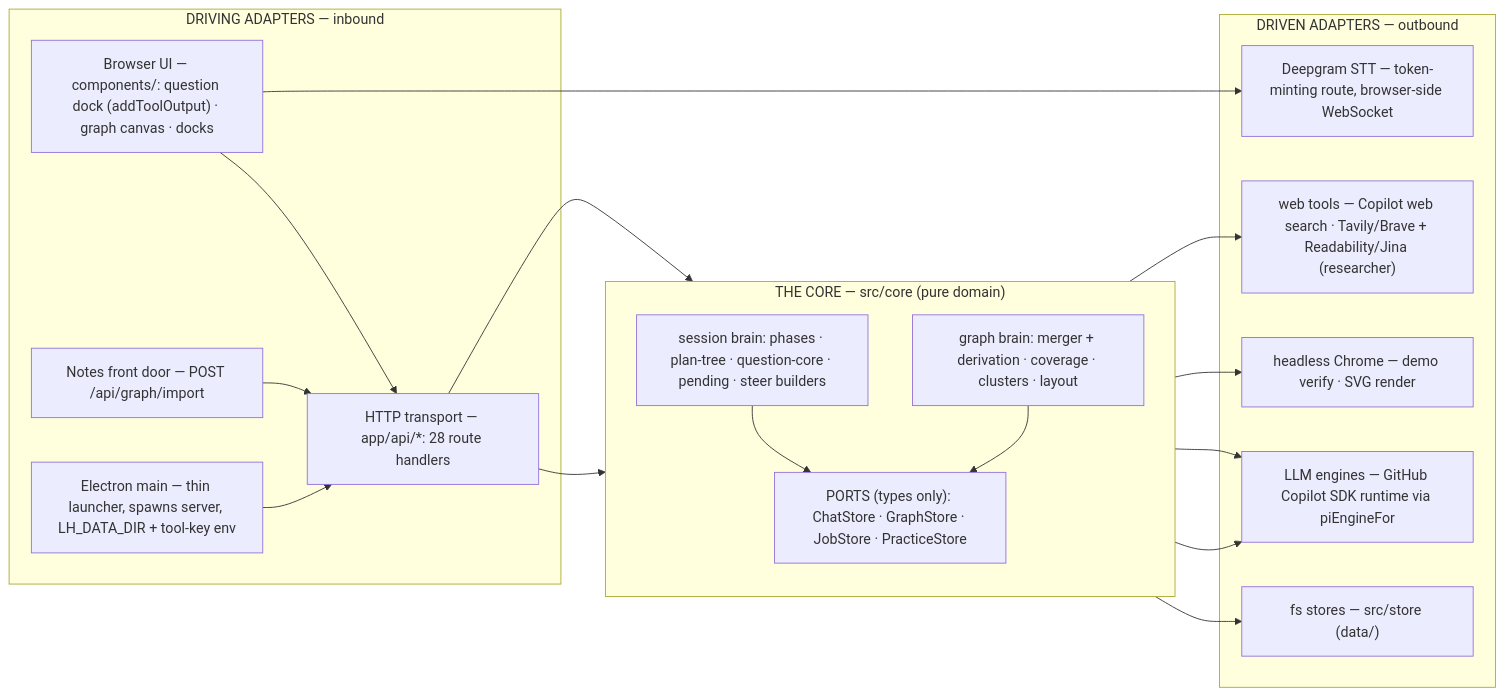
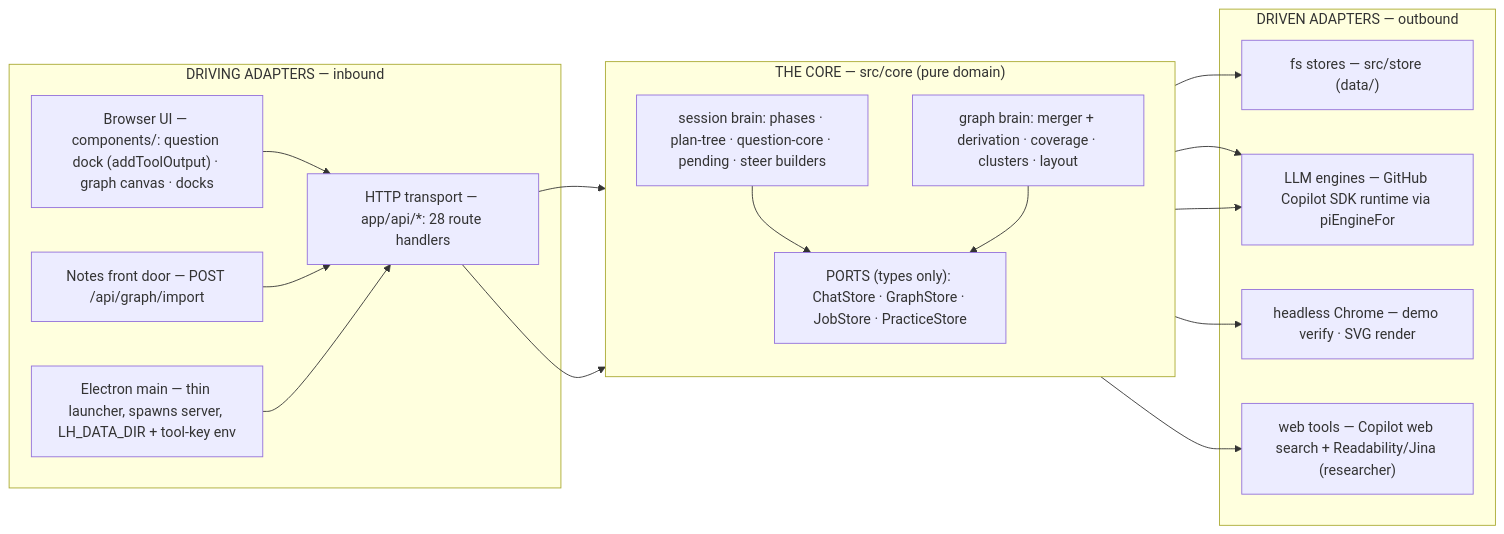
The second of 7 diagrams in docs/architecture.md (Bakar404/cairn), drawn with Mermaid before and after one commit. The commit also changed other lines of this file and 66 other files, not shown here.

````diff
--- a/docs/architecture.md
+++ b/docs/architecture.md
@@ -171,38 +171,36 @@
 ```mermaid
 flowchart LR
     subgraph DRIVING["DRIVING ADAPTERS — inbound"]
         BROWSER["Browser UI — components/: question dock (addToolOutput) · graph canvas · docks"]
         HTTP["HTTP transport — app/api/*: 28 route handlers"]
         NOTES["Notes front door — POST /api/graph/import"]
         ELEC["Electron main — thin launcher, spawns server, LH_DATA_DIR + tool-key env"]
     end
 
     subgraph HEXCORE["THE CORE — src/core (pure domain)"]
         direction TB
         SESS["session brain: phases · plan-tree · question-core · pending · steer builders"]
         GBRAIN["graph brain: merger + derivation · coverage · clusters · layout"]
         PORTSBOX["PORTS (types only): ChatStore · GraphStore · JobStore · PracticeStore"]
     end
 
     subgraph DRIVEN["DRIVEN ADAPTERS — outbound"]
         FS["fs stores — src/store (data/)"]
         LLM["LLM engines — GitHub Copilot SDK runtime via piEngineFor"]
         HEAD["headless Chrome — demo verify · SVG render"]
-        DEEP["Deepgram STT — token-minting route, browser-side WebSocket"]
-        WEB["web tools — Copilot web search · Tavily/Brave + Readability/Jina (researcher)"]
+        WEB["web tools — Copilot web search + Readability/Jina (researcher)"]
     end
 
     BROWSER --> HTTP
     NOTES --> HTTP
     ELEC --> HTTP
     HTTP --> SESS
     HTTP --> GBRAIN
     SESS --> PORTSBOX
     GBRAIN --> PORTSBOX
     PORTSBOX --> FS
     SESS --> LLM
     GBRAIN --> LLM
     SESS --> HEAD
     SESS --> WEB
-    BROWSER --> DEEP
 ```
````
